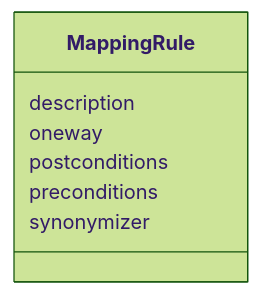
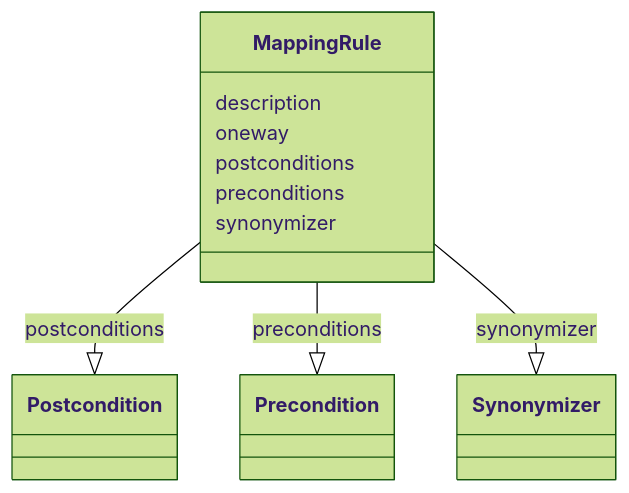
One commit to cthoyt/ontology-access-kit changed the diagram in mapping-rules/MappingRule.md. Above: the diagram before and after it, drawn with Mermaid (forest theme). The commit also changed other lines of this file and 3287 other files, not shown here.

````diff
--- a/mapping-rules/MappingRule.md
+++ b/mapping-rules/MappingRule.md
@@ -11,10 +14,21 @@
 ```{mermaid}
  classDiagram
     class MappingRule
       MappingRule : description
+        
       MappingRule : oneway
+        
       MappingRule : postconditions
+        
+          MappingRule --|> Postcondition : postconditions
+        
       MappingRule : preconditions
+        
+          MappingRule --|> Precondition : preconditions
+        
       MappingRule : synonymizer
+        
+          MappingRule --|> Synonymizer : synonymizer
+        
       
 ```
````
